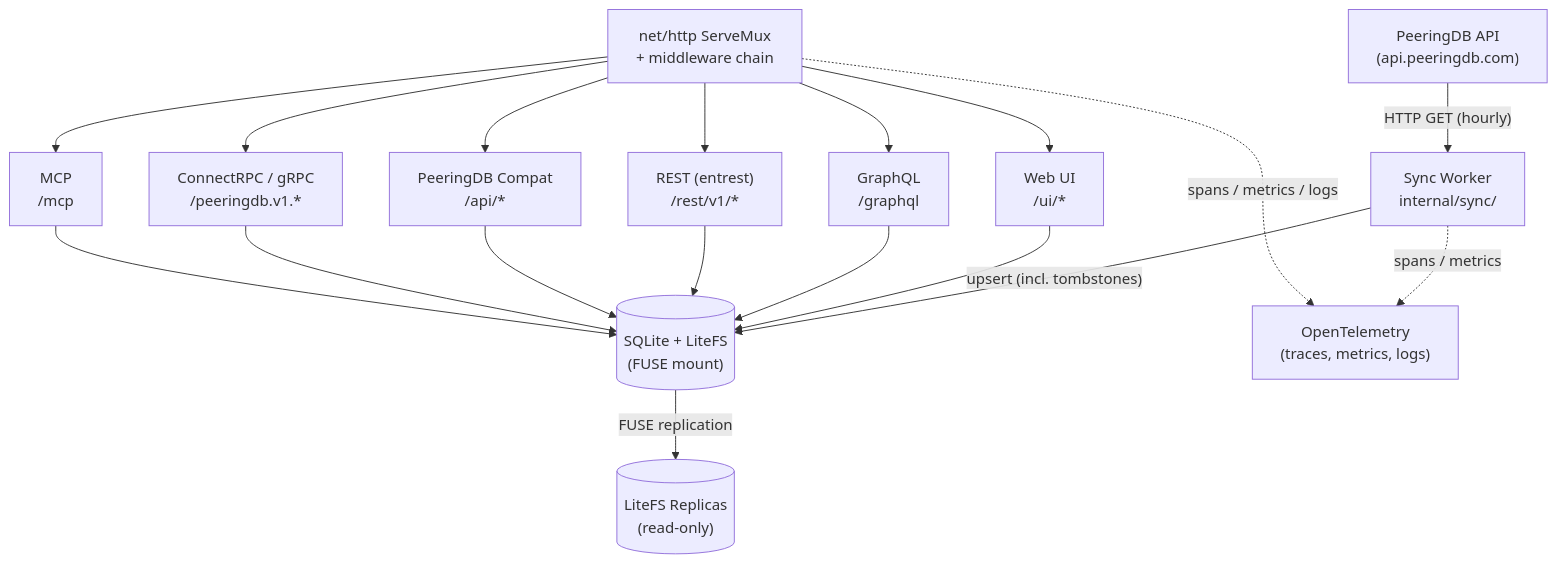
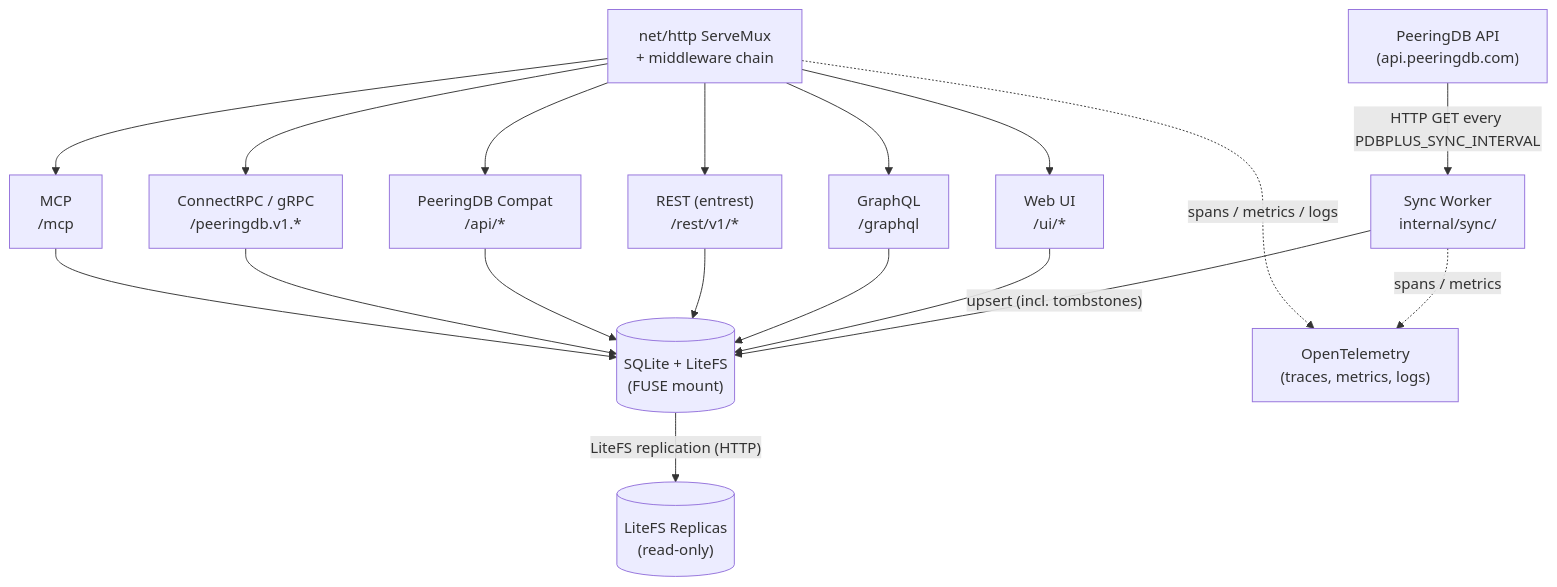
One commit to dotwaffle/peeringdb-plus changed the first of 2 diagrams in docs/ARCHITECTURE.md. Above: the diagram before and after it, drawn with Mermaid. The commit also changed other lines of this file, not shown here.

````diff
--- a/docs/ARCHITECTURE.md
+++ b/docs/ARCHITECTURE.md
@@ -28,33 +32,33 @@
 ```mermaid
 graph TD
     PDB["PeeringDB API<br/>(api.peeringdb.com)"]
     W["Sync Worker<br/>internal/sync/"]
     DB[("SQLite + LiteFS<br/>(FUSE mount)")]
     REP[("LiteFS Replicas<br/>(read-only)")]
     MUX["net/http ServeMux<br/>+ middleware chain"]
     WEB["Web UI<br/>/ui/*"]
     GQL["GraphQL<br/>/graphql"]
     REST["REST (entrest)<br/>/rest/v1/*"]
     COMPAT["PeeringDB Compat<br/>/api/*"]
     RPC["ConnectRPC / gRPC<br/>/peeringdb.v1.*"]
     MCP["MCP<br/>/mcp"]
     OTEL["OpenTelemetry<br/>(traces, metrics, logs)"]
 
-    PDB -->|"HTTP GET (hourly)"| W
+    PDB -->|"HTTP GET every PDBPLUS_SYNC_INTERVAL"| W
     W -->|"upsert (incl. tombstones)"| DB
-    DB -->|"FUSE replication"| REP
+    DB -->|"LiteFS replication (HTTP)"| REP
     MUX --> WEB
     MUX --> GQL
     MUX --> REST
     MUX --> COMPAT
     MUX --> RPC
     MUX --> MCP
     WEB --> DB
     GQL --> DB
     REST --> DB
     COMPAT --> DB
     RPC --> DB
     MCP --> DB
     W -.->|"spans / metrics"| OTEL
     MUX -.->|"spans / metrics / logs"| OTEL
 ```
````
